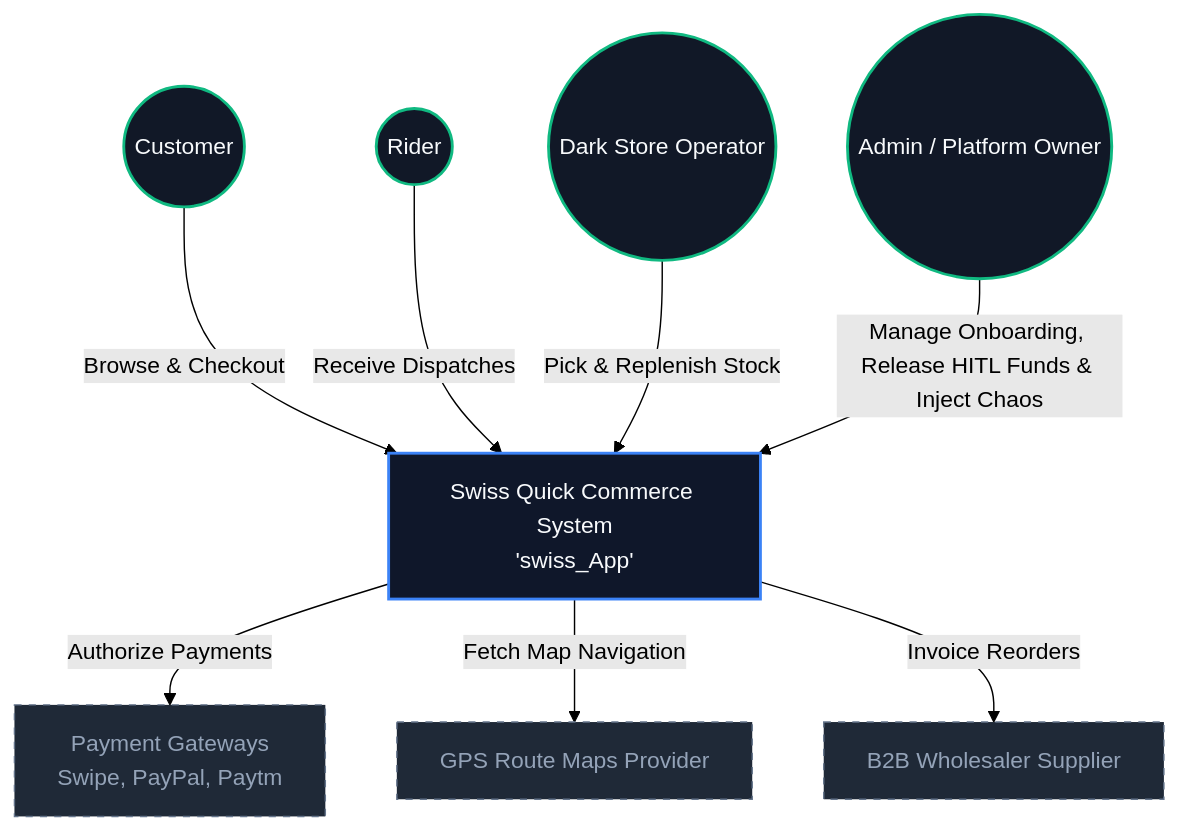
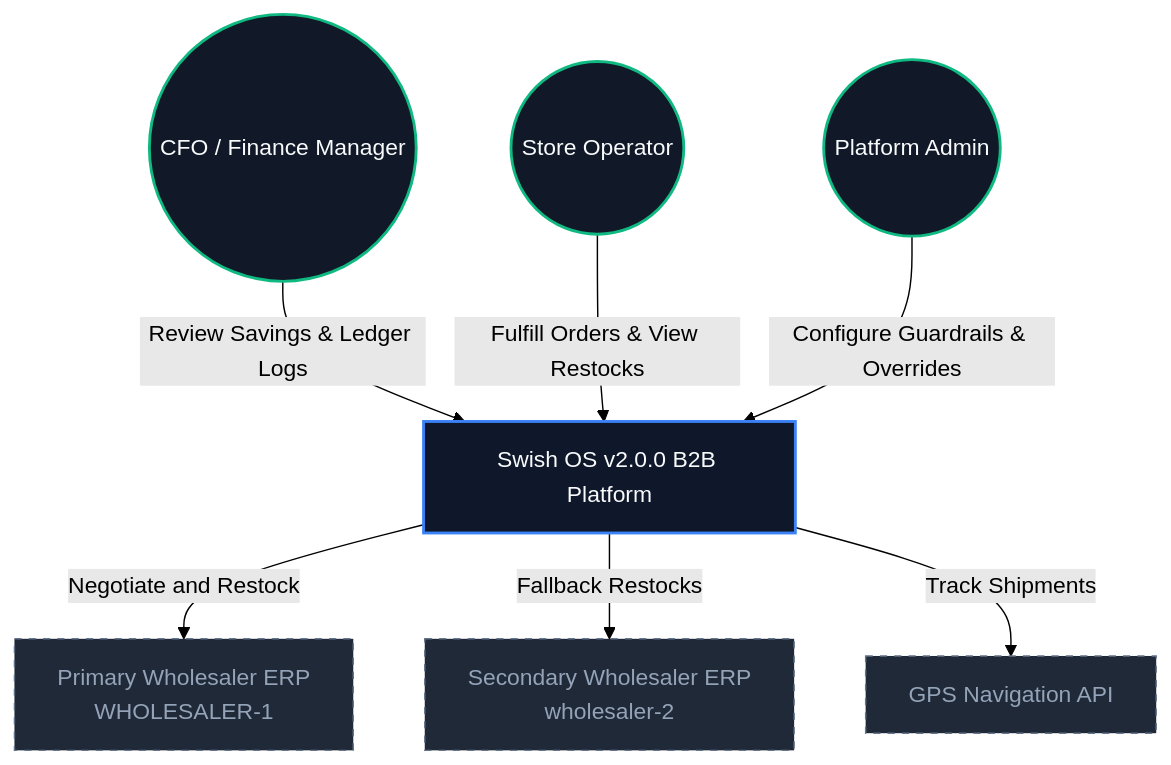
Before and after one commit to Muneeb7860/Swish_App: the first of 3 diagrams in high_level_design.md, drawn with Mermaid (forest theme). The commit also changed other lines of this file and 25 other files, not shown here.

````diff
--- a/high_level_design.md
+++ b/high_level_design.md
@@ -104,26 +222,24 @@
 ```mermaid
 graph TB
   classDef system fill:#0f172a,stroke:#3b82f6,stroke-width:2px,color:#f8fafc;
   classDef actor fill:#111827,stroke:#10b981,stroke-width:2px,color:#f8fafc;
   classDef external fill:#1f2937,stroke:#64748b,stroke-width:1px,stroke-dasharray: 5 5,color:#94a3b8;
 
-  Customer((Customer)):::actor
-  Rider((Rider)):::actor
-  Picker((Dark Store Operator)):::actor
-  Admin((Admin / Platform Owner)):::actor
+  CFO((CFO / Finance Manager)):::actor
+  Operator((Store Operator)):::actor
+  Admin((Platform Admin)):::actor
   
-  System[Swiss Quick Commerce System<br>'swiss_App']:::system
+  System[Swish OS v2.0.0 B2B Platform]:::system
   
-  PaymentGateways[Payment Gateways<br>Swipe, PayPal, Paytm]:::external
-  GPS[GPS Route Maps Provider]:::external
-  B2BWholesaler[B2B Wholesaler Supplier]:::external
+  PrimaryWholesaler[Primary Wholesaler ERP<br>WHOLESALER-1]:::external
+  SecondaryWholesaler[Secondary Wholesaler ERP<br>wholesaler-2]:::external
+  GPSService[GPS Navigation API]:::external
 
-  Customer -->|Browse & Checkout| System
-  Rider -->|Receive Dispatches| System
-  Picker -->|Pick & Replenish Stock| System
-  Admin -->|Manage Onboarding, Release HITL Funds & Inject Chaos| System
+  CFO -->|Review Savings & Ledger Logs| System
+  Operator -->|Fulfill Orders & View Restocks| System
+  Admin -->|Configure Guardrails & Overrides| System
   
-  System -->|Authorize Payments| PaymentGateways
-  System -->|Fetch Map Navigation| GPS
-  System -->|Invoice Reorders| B2BWholesaler
+  System -->|Negotiate and Restock| PrimaryWholesaler
+  System -->|Fallback Restocks| SecondaryWholesaler
+  System -->|Track Shipments| GPSService
 ```
````
